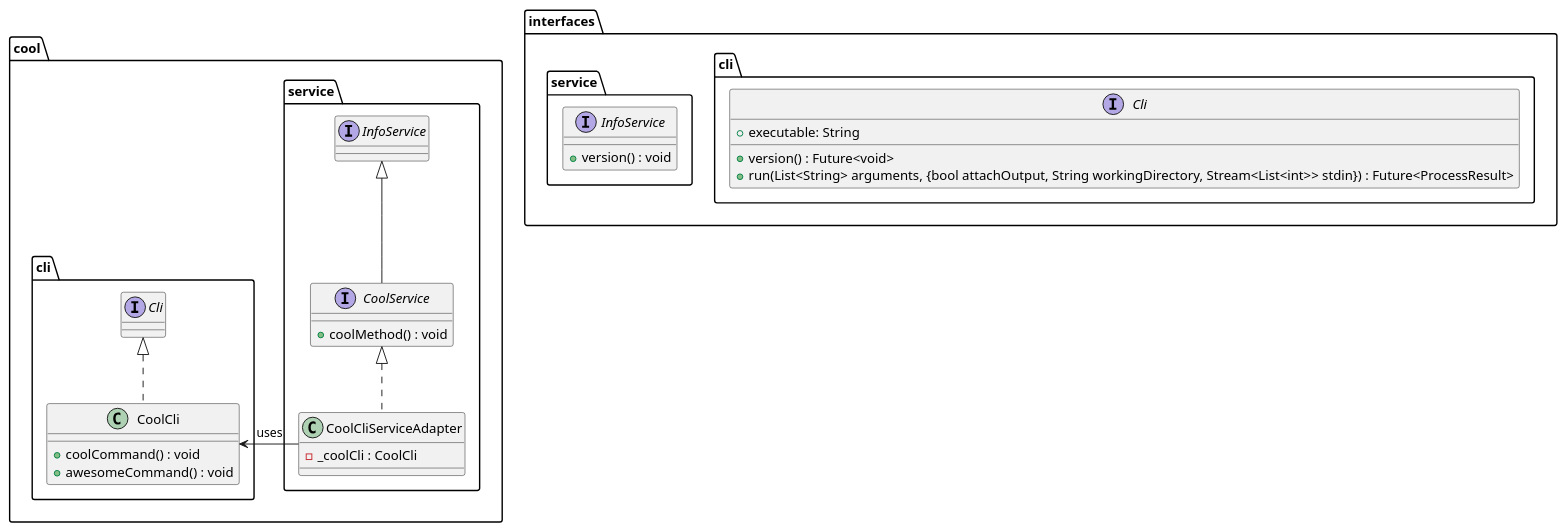
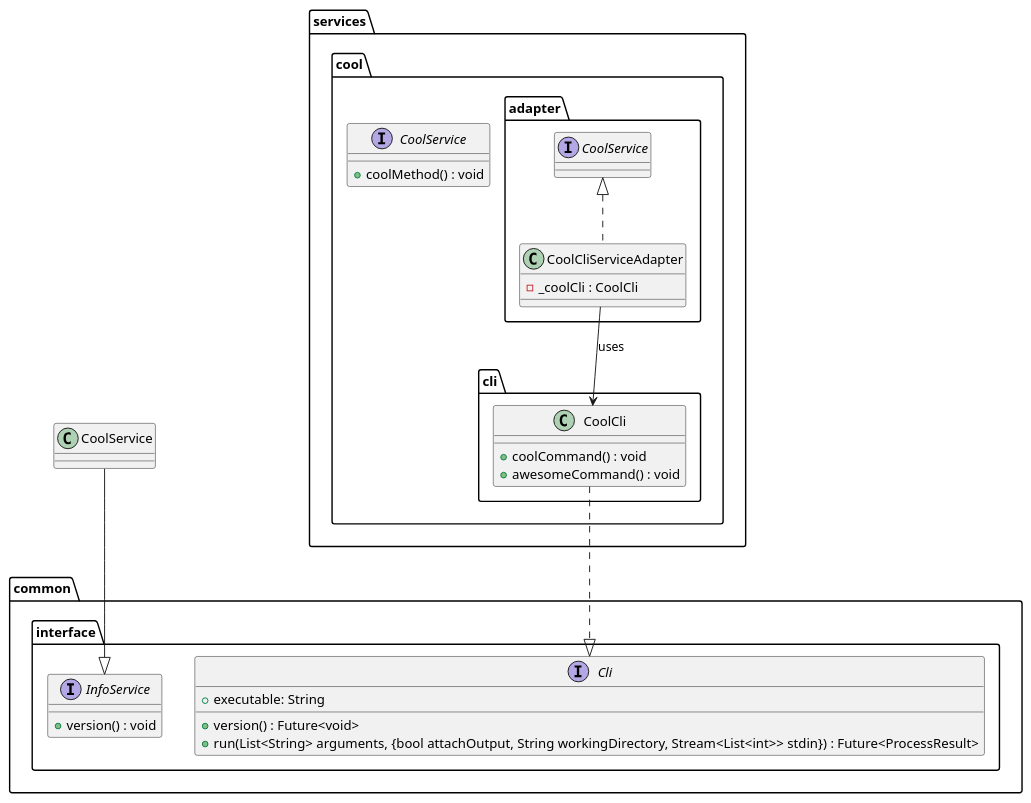
The diagram in metrics/cli/docs/diagrams/cli_interfaces_class_diagram.puml (Flank/flank-dashboard), drawn with PlantUML before and after one commit. The commit also changed 6 other files, not shown here.

Commit message:
[WIP] Update CLI design diagrams

```diff
--- a/metrics/cli/docs/diagrams/cli_interfaces_class_diagram.puml
+++ b/metrics/cli/docs/diagrams/cli_interfaces_class_diagram.puml
@@ -1,40 +1,42 @@
 @startuml cli_interfaces_class_diagram
 
-package interfaces {
-    package cli {
+package services {
+    package cool as services.cool {
+        interface CoolService{
+            + coolMethod() : void
+        }
+        package adapter {
+            class CoolCliServiceAdapter implements CoolService {
+                - _coolCli : CoolCli
+            }
+       }
+        package cli {
+            class CoolCli {
+                + coolCommand() : void
+                + awesomeCommand() : void
+            }
+        }
+    }
+}
+
+
+package common {
+    package interface as common.interface {
         interface Cli {
             + executable: String
             + version() : Future<void>
             + run(List<String> arguments, {bool attachOutput, String workingDirectory, Stream<List<int>> stdin}) : Future<ProcessResult>
         }
-    }
 
-    package service {
         interface InfoService {
             + version() : void
         }
     }
 }
 
-package cool {
-    package service as cool.service{
-        interface CoolService extends InfoService{
-            + coolMethod() : void
-        }
+CoolCliServiceAdapter -down-> CoolCli : uses
 
-        class CoolCliServiceAdapter implements CoolService {
-            - _coolCli : CoolCli
-        }
-    }
-
-    package cli as cool.cli {
-        class CoolCli implements Cli {
-            + coolCommand() : void
-            + awesomeCommand() : void
-        }
-    }
-}
-
-CoolCliServiceAdapter -> CoolCli : uses
+CoolService --|> InfoService
+CoolCli ..|> Cli
 
 @enduml
```
